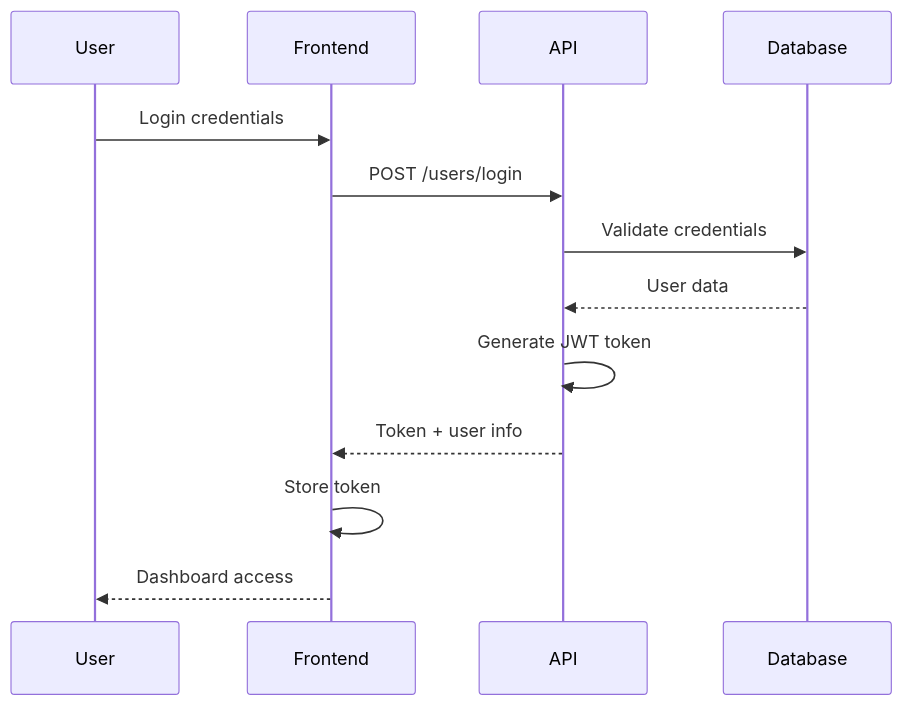
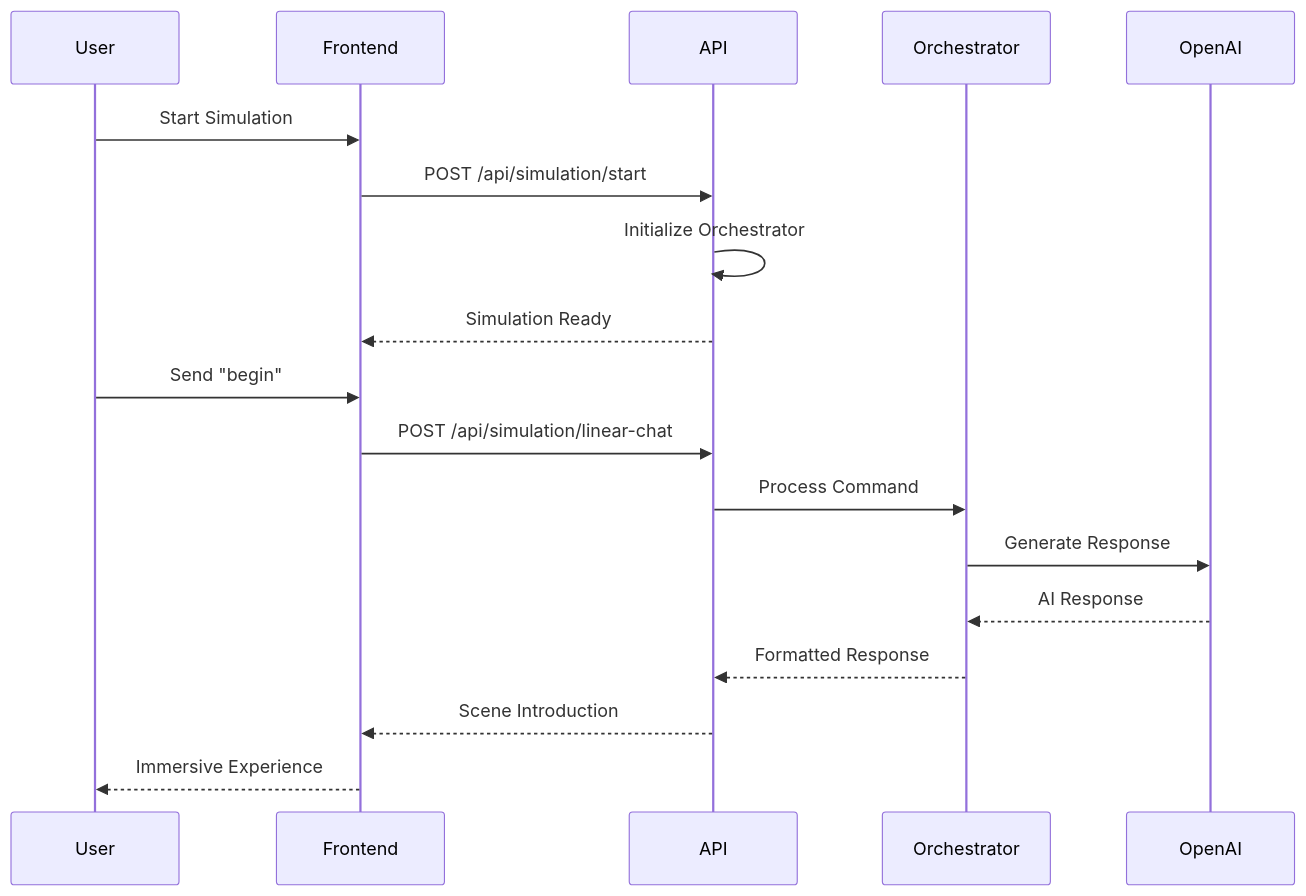
Before and after one commit to Sbcoit/forked-ai-agent-education-platform: the fifth of 6 diagrams in backend/docs/architecture/README.md, drawn with Mermaid. The commit also changed other lines of this file and 5 other files, not shown here.

First line of the commit message:
docs: Update comprehensive documentation for ChatOrchestrator integration

````diff
--- a/backend/docs/architecture/README.md
+++ b/backend/docs/architecture/README.md
@@ -305,16 +303,22 @@
 ```mermaid
 sequenceDiagram
     participant User
     participant Frontend
     participant API
-    participant Database
+    participant Orchestrator
+    participant OpenAI
     
-    User->>Frontend: Login credentials
-    Frontend->>API: POST /users/login
-    API->>Database: Validate credentials
-    Database-->>API: User data
-    API->>API: Generate JWT token
-    API-->>Frontend: Token + user info
-    Frontend->>Frontend: Store token
-    Frontend-->>User: Dashboard access
+    User->>Frontend: Start Simulation
+    Frontend->>API: POST /api/simulation/start
+    API->>API: Initialize Orchestrator
+    API-->>Frontend: Simulation Ready
+    
+    User->>Frontend: Send "begin"
+    Frontend->>API: POST /api/simulation/linear-chat
+    API->>Orchestrator: Process Command
+    Orchestrator->>OpenAI: Generate Response
+    OpenAI-->>Orchestrator: AI Response
+    Orchestrator-->>API: Formatted Response
+    API-->>Frontend: Scene Introduction
+    Frontend-->>User: Immersive Experience
 ```
````
